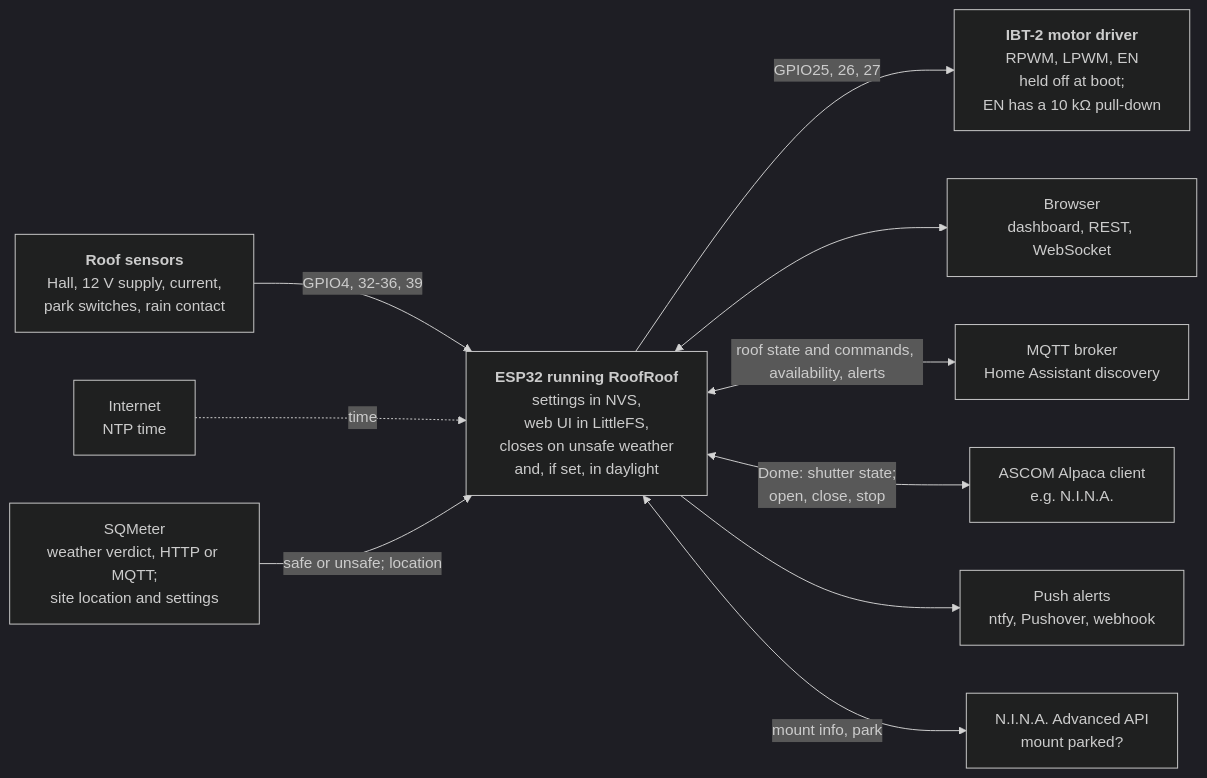
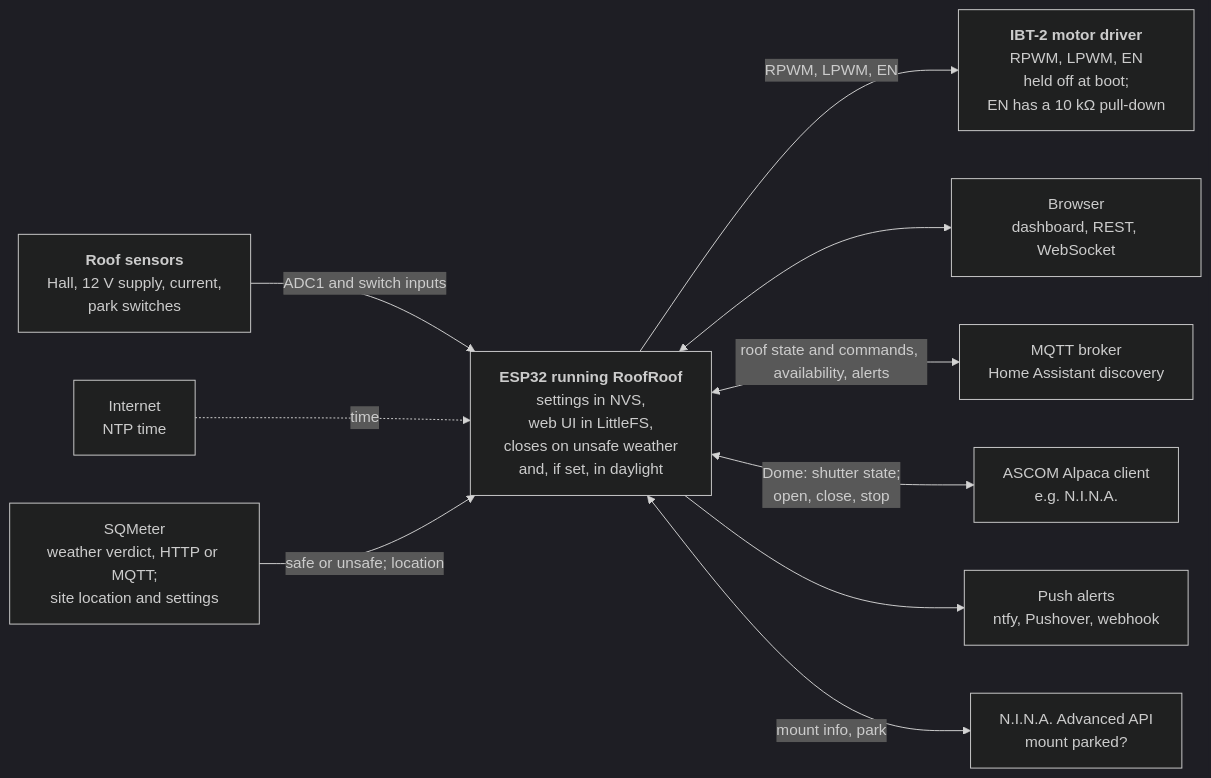
One commit to DeanJ87/RoofRoof changed the diagram in docs/index.md. Above: the diagram before and after it, drawn with Mermaid (dark theme). The commit also changed other lines of this file and 29 other files, not shown here.

Commit message:
023: docs: pins page, network page, wiring with both boards, WT32 flashing, rain contact removed

````diff
--- a/docs/index.md
+++ b/docs/index.md
@@ -29,24 +29,24 @@
 ```mermaid
 flowchart LR
     accTitle: What RoofRoof connects to
-    accDescr: The ESP32 holds the motor driver's pins low from boot and drives it on a person's, an imaging app's or (when switched on) an MQTT command, or to close the roof when the weather turns unsafe (or, with the daylight close set, after sunrise), reads the roof's Hall, supply, current, park and rain inputs, keeps its settings and web UI on the device, serves a dashboard and APIs to browsers, publishes the roof's state to an MQTT broker and takes its commands when switched on, serves the roof as an ASCOM Alpaca Dome to clients such as N.I.N.A., and sends alerts to push services. It reads the weather verdict, the site's location and its shared settings (copied on request or kept in step) from SQMeter, and the mount's park state from N.I.N.A.'s Advanced API. It gets time from the internet by NTP.
+    accDescr: The ESP32 holds the motor driver's pins low from boot and drives it on a person's, an imaging app's or (when switched on) an MQTT command, or to close the roof when the weather turns unsafe (or, with the daylight close set, after sunrise), reads the roof's Hall, supply, current and park inputs, keeps its settings and web UI on the device, serves a dashboard and APIs to browsers, publishes the roof's state to an MQTT broker and takes its commands when switched on, serves the roof as an ASCOM Alpaca Dome to clients such as N.I.N.A., and sends alerts to push services. It reads the weather verdict, the site's location and its shared settings (copied on request or kept in step) from SQMeter, and the mount's park state from N.I.N.A.'s Advanced API. It gets time from the internet by NTP.
     DRIVER["<b>IBT-2 motor driver</b><br/>RPWM, LPWM, EN<br/>held off at boot;<br/>EN has a 10 kΩ pull-down"]
-    SENSE["<b>Roof sensors</b><br/>Hall, 12 V supply, current,<br/>park switches, rain contact"]
+    SENSE["<b>Roof sensors</b><br/>Hall, 12 V supply, current,<br/>park switches"]
     ESP["<b>ESP32 running RoofRoof</b><br/>settings in NVS,<br/>web UI in LittleFS,<br/>closes on unsafe weather<br/>and, if set, in daylight"]
     WEB["Browser<br/>dashboard, REST, WebSocket"]
     MQTT["MQTT broker<br/>Home Assistant discovery"]
     ALPACA["ASCOM Alpaca client<br/>e.g. N.I.N.A."]
     PUSH["Push alerts<br/>ntfy, Pushover, webhook"]
     NET["Internet<br/>NTP time"]
     SQM["SQMeter<br/>weather verdict, HTTP or MQTT;<br/>site location and settings"]
     NAPI["N.I.N.A. Advanced API<br/>mount parked?"]
-    ESP -->|"GPIO25, 26, 27"| DRIVER
-    SENSE -->|"GPIO4, 32-36, 39"| ESP
+    ESP -->|"RPWM, LPWM, EN"| DRIVER
+    SENSE -->|"ADC1 and switch inputs"| ESP
     NET -.->|time| ESP
     ESP <--> WEB
     ESP <-->|roof state and commands, availability, alerts| MQTT
     ESP <-->|Dome: shutter state;<br/>open, close, stop| ALPACA
     ESP --> PUSH
     SQM -->|"safe or unsafe; location"| ESP
     ESP <-->|mount info, park| NAPI
 ```
````
